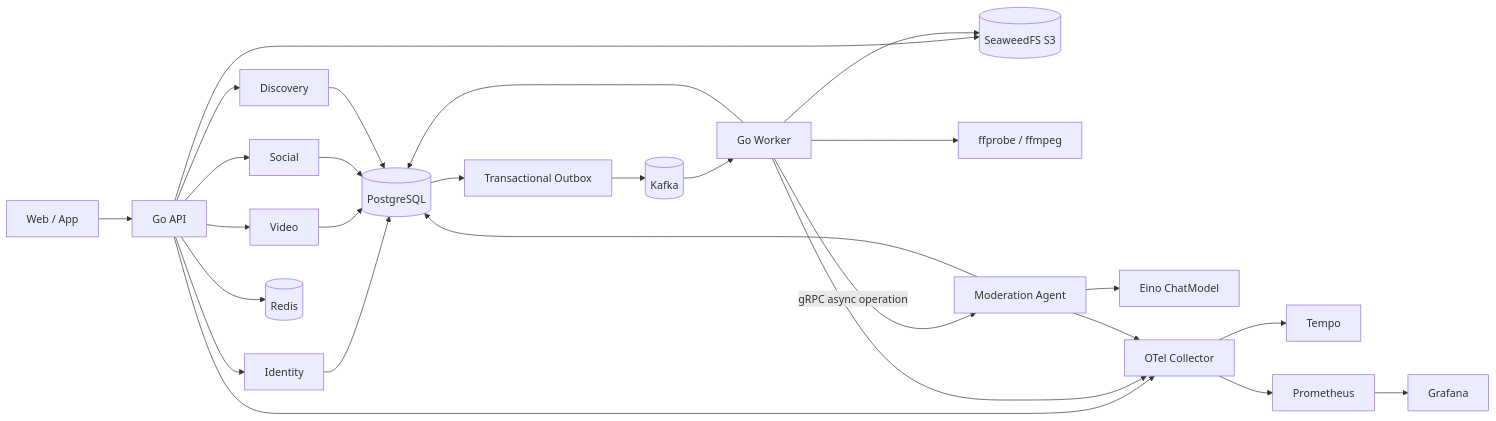
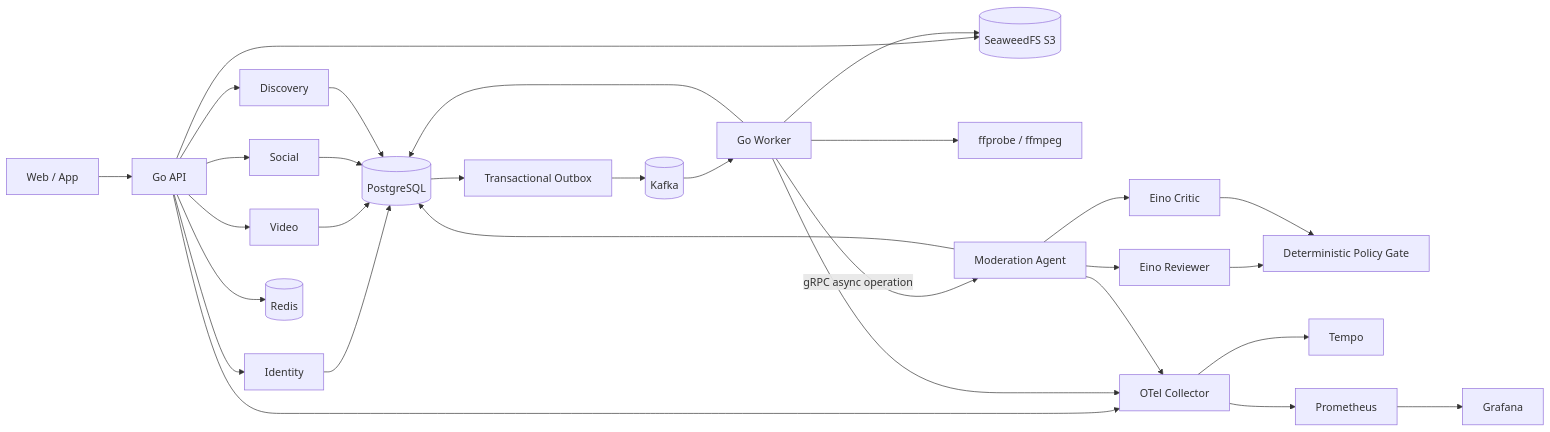
The diagram in docs/architecture.md (Sealessland/sea-music), drawn with Mermaid before and after one commit. The commit also changed other lines of this file and 23 other files, not shown here.

Commit message:
feat: add reviewer-critic moderation agent

````diff
--- a/docs/architecture.md
+++ b/docs/architecture.md
@@ -5,24 +5,26 @@
 ```mermaid
 flowchart LR
     Client[Web / App] --> API[Go API]
     API --> ID[Identity]
     API --> Video[Video]
     API --> Social[Social]
     API --> Discovery[Discovery]
     ID & Video & Social & Discovery --> PG[(PostgreSQL)]
     API --> Redis[(Redis)]
     API --> S3[(SeaweedFS S3)]
     PG --> Outbox[Transactional Outbox]
     Outbox --> Kafka[(Kafka)]
     Kafka --> Worker[Go Worker]
     Worker --> PG
     Worker --> S3
     Worker --> FF[ffprobe / ffmpeg]
     Worker -->|gRPC async operation| Agent[Moderation Agent]
     Agent --> PG
-    Agent --> Eino[Eino ChatModel]
+    Agent --> Reviewer[Eino Reviewer]
+    Agent --> Critic[Eino Critic]
+    Reviewer & Critic --> Policy[Deterministic Policy Gate]
     API & Worker & Agent --> OTel[OTel Collector]
     OTel --> Tempo[Tempo]
     OTel --> Prom[Prometheus]
     Prom --> Grafana[Grafana]
 ```
````
